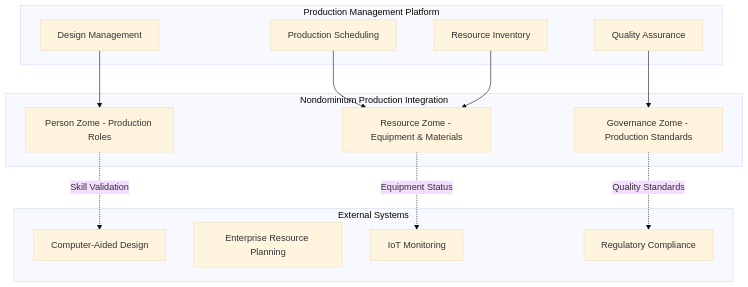
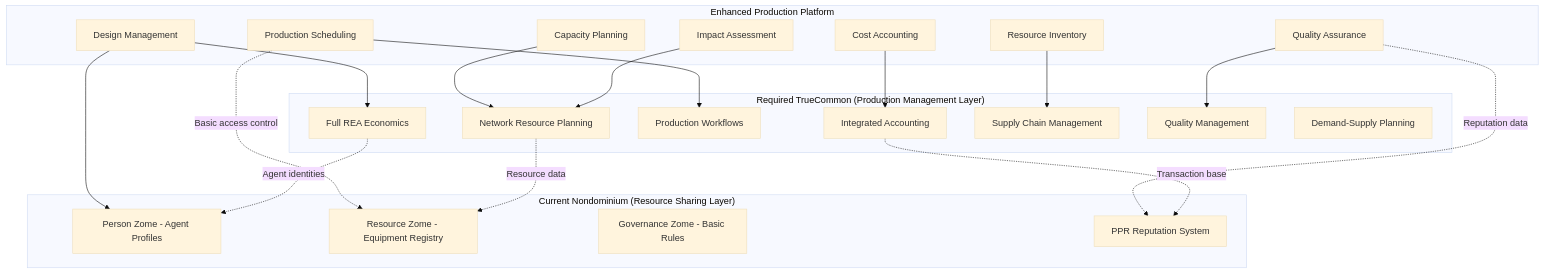
The eighth of 9 diagrams in documentation/Applications/user-story/user-story-production-network.md (Sensorica/nondominium), drawn with Mermaid (base theme) before and after one commit. The commit also changed other lines of this file and 4 other files, not shown here.

First line of the commit message:
docs: enhance user stories with system architecture context

````diff
--- a/documentation/Applications/user-story/user-story-production-network.md
+++ b/documentation/Applications/user-story/user-story-production-network.md
@@ -273,31 +333,48 @@
 ```mermaid
 graph TB
-    subgraph "Production Management Platform"
+    subgraph "Current Nondominium (Resource Sharing Layer)"
+        ND_Person[Person Zome - Agent Profiles]
+        ND_Resource[Resource Zome - Equipment Registry]
+        ND_Governance[Governance Zome - Basic Rules]
+        ND_PPR[PPR Reputation System]
+    end
+
+    subgraph "Required TrueCommon (Production Management Layer)"
+        TC_REA[Full REA Economics]
+        TC_NRP[Network Resource Planning]
+        TC_Workflow[Production Workflows]
+        TC_Accounting[Integrated Accounting]
+        TC_SupplyChain[Supply Chain Management]
+        TC_Quality[Quality Management]
+        TC_Planning[Demand-Supply Planning]
+    end
+
+    subgraph "Enhanced Production Platform"
         Design[Design Management]
         Scheduling[Production Scheduling]
         Quality[Quality Assurance]
         Inventory[Resource Inventory]
+        Costing[Cost Accounting]
+        Planning[Capacity Planning]
+        Impact[Impact Assessment]
     end
 
-    subgraph "Nondominium Production Integration"
-        Person[Person Zome - Production Roles]
-        Resource[Resource Zome - Equipment & Materials]
-        Governance[Governance Zome - Production Standards]
-    end
+    %% Nondominium provides foundation
+    Design --> ND_Person
+    Scheduling -.-> |Basic access control| ND_Resource
+    Quality -.-> |Reputation data| ND_PPR
 
-    subgraph "External Systems"
-        CAD[Computer-Aided Design]
-        ERP[Enterprise Resource Planning]
-        IoT[IoT Monitoring]
-        Compliance[Regulatory Compliance]
-    end
+    %% TrueCommon provides production management
+    Costing --> TC_Accounting
+    Planning --> TC_NRP
+    Inventory --> TC_SupplyChain
+    Quality --> TC_Quality
+    Scheduling --> TC_Workflow
+    Design --> TC_REA
+    Impact --> TC_NRP
 
-    Design --> Person
-    Scheduling --> Resource
-    Quality --> Governance
-    Inventory --> Resource
-
-    Person -.-> |Skill Validation| CAD
-    Resource -.-> |Equipment Status| IoT
-    Governance -.-> |Quality Standards| Compliance
+    %% Integration points
+    TC_NRP -.-> |Resource data| ND_Resource
+    TC_Accounting -.-> |Transaction base| ND_PPR
+    TC_REA -.-> |Agent identities| ND_Person
 ```
````
